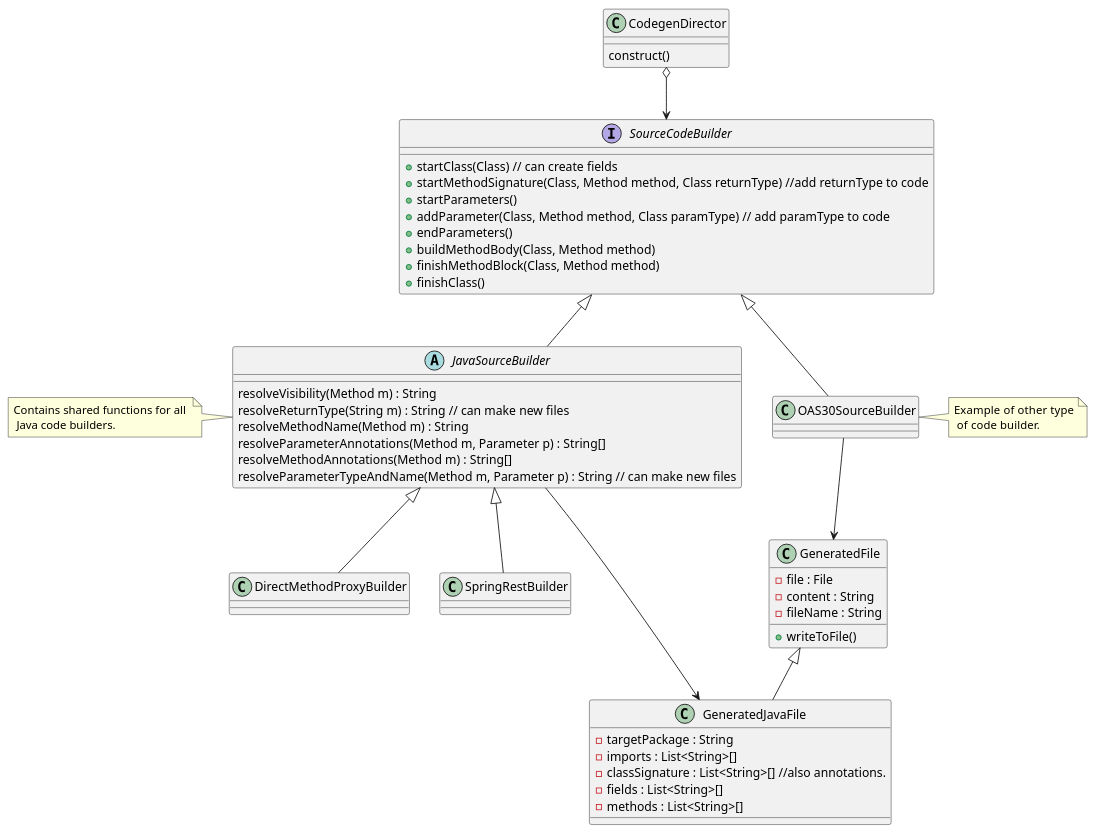
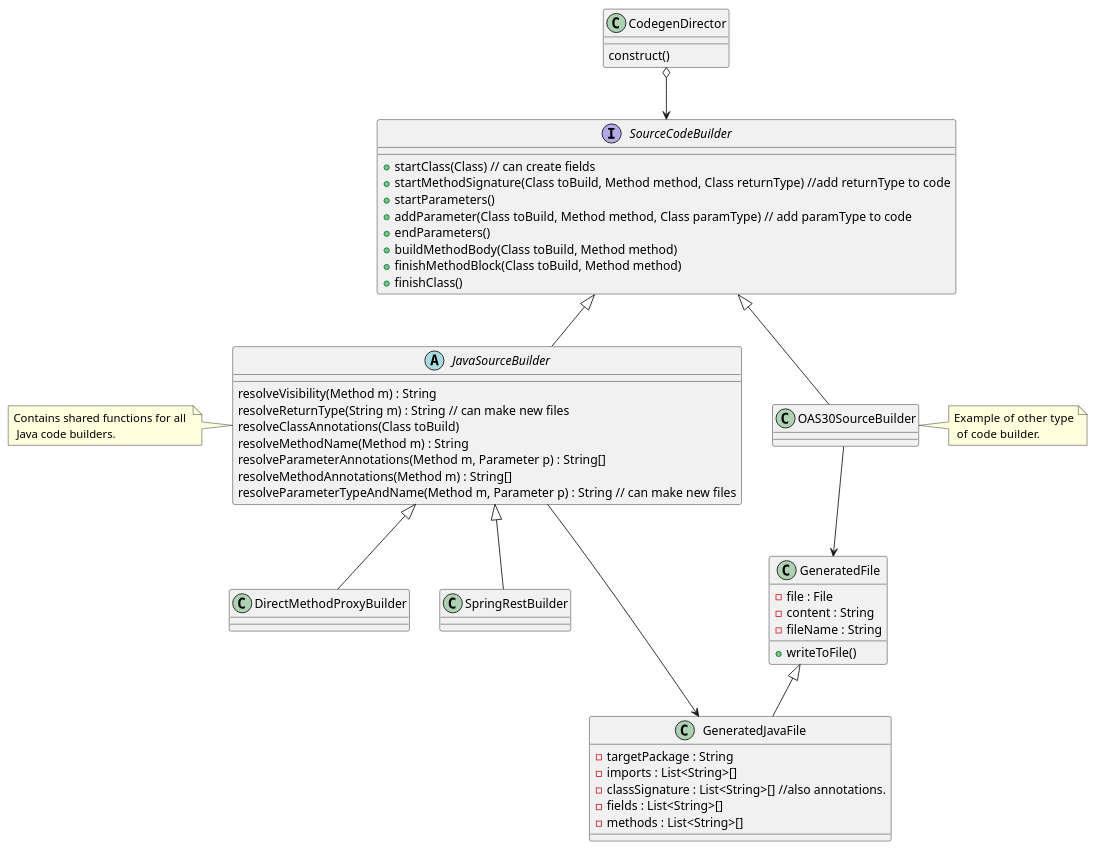
Before and after one commit to goldendk/ucommerce-experiments: the diagram in documentation/codegen/interface-builder-pattern.puml, drawn with PlantUML. The commit also changed 21 other files, not shown here.

```diff
--- a/documentation/codegen/interface-builder-pattern.puml
+++ b/documentation/codegen/interface-builder-pattern.puml
@@ -1,61 +1,62 @@
 @startuml
 
 
 
 Class CodegenDirector
 CodegenDirector : construct()
 
 interface SourceCodeBuilder
 SourceCodeBuilder : +startClass(Class) // can create fields
-SourceCodeBuilder : +startMethodSignature(Class, Method method, Class returnType) //add returnType to code
+SourceCodeBuilder : +startMethodSignature(Class toBuild, Method method, Class returnType) //add returnType to code
 SourceCodeBuilder : +startParameters()
-SourceCodeBuilder : +addParameter(Class, Method method, Class paramType) // add paramType to code
+SourceCodeBuilder : +addParameter(Class toBuild, Method method, Class paramType) // add paramType to code
 SourceCodeBuilder : +endParameters()
-SourceCodeBuilder : +buildMethodBody(Class, Method method)
-SourceCodeBuilder : +finishMethodBlock(Class, Method method)
+SourceCodeBuilder : +buildMethodBody(Class toBuild, Method method)
+SourceCodeBuilder : +finishMethodBlock(Class toBuild, Method method)
 SourceCodeBuilder : +finishClass()
 
 
 
 abstract class JavaSourceBuilder
 note left: Contains shared functions for all \n Java code builders.
 JavaSourceBuilder : resolveVisibility(Method m) : String
 JavaSourceBuilder : resolveReturnType(String m) : String // can make new files
+JavaSourceBuilder : resolveClassAnnotations(Class toBuild)
 JavaSourceBuilder : resolveMethodName(Method m) : String
 JavaSourceBuilder : resolveParameterAnnotations(Method m, Parameter p) : String[]
 JavaSourceBuilder : resolveMethodAnnotations(Method m) : String[]
 JavaSourceBuilder : resolveParameterTypeAndName(Method m, Parameter p) : String // can make new files
 
 
 Class DirectMethodProxyBuilder
 Class SpringRestBuilder
 
 Class GeneratedFile
 GeneratedFile : -file : File
 GeneratedFile : -content : String
 GeneratedFile : -fileName : String
 GeneratedFile : +writeToFile()
 
 
 Class GeneratedJavaFile
 GeneratedJavaFile : -targetPackage : String
 GeneratedJavaFile : -imports : List<String>[]
 GeneratedJavaFile : -classSignature : List<String>[] //also annotations.
 GeneratedJavaFile : -fields : List<String>[]
 GeneratedJavaFile : -methods : List<String>[]
 
 
 class OAS30SourceBuilder
 note right: Example of other  type\n of code builder.
 
 
 CodegenDirector o--> SourceCodeBuilder
 SourceCodeBuilder <|-- JavaSourceBuilder
 JavaSourceBuilder <|-- SpringRestBuilder
 JavaSourceBuilder <|-- DirectMethodProxyBuilder
 JavaSourceBuilder --> GeneratedJavaFile
 GeneratedFile <|-- GeneratedJavaFile
 
 SourceCodeBuilder <|-- OAS30SourceBuilder
 OAS30SourceBuilder --> GeneratedFile
 @enduml
```
